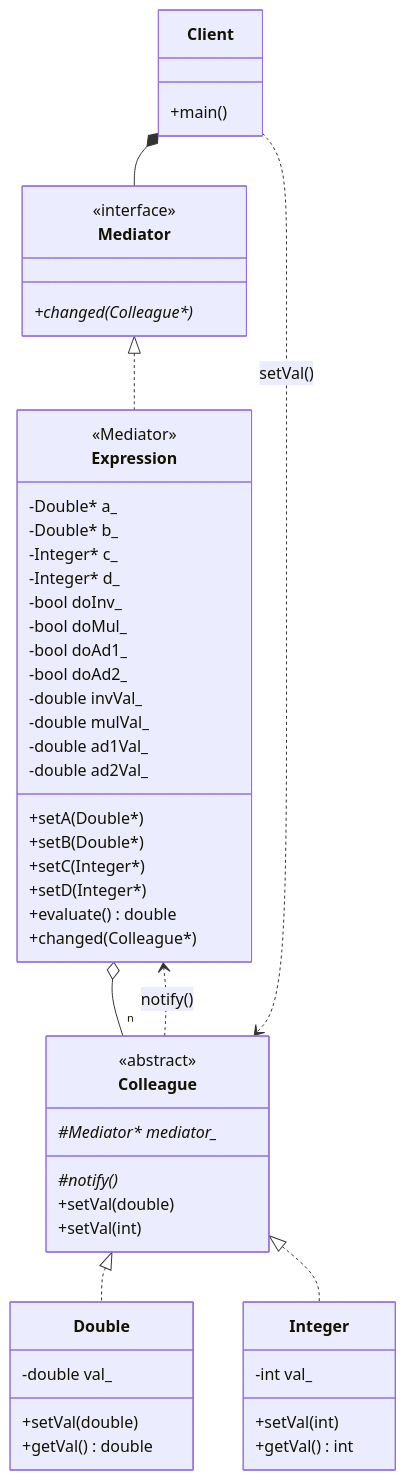
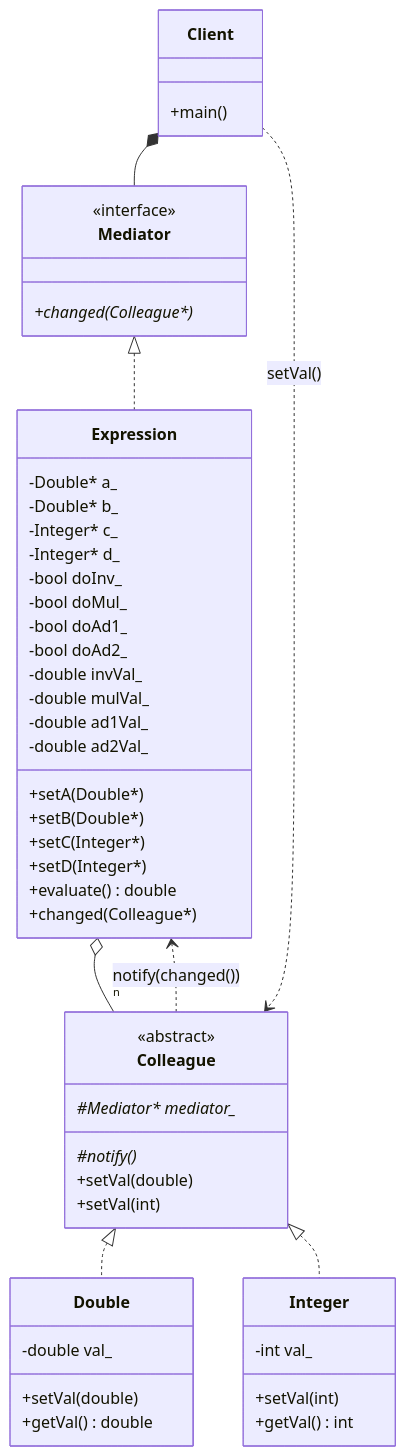
The diagram in 22_Mediator/README.md (Cichlidfishexigency721/Modern-CPP-Design-Patterns), drawn with Mermaid before and after one commit.

Commit message:
Improvement in UML

````diff
--- a/22_Mediator/README.md
+++ b/22_Mediator/README.md
@@ -50,75 +50,67 @@
 ```mermaid
 classDiagram
    class Mediator {
       <<interface>>
       +changed(Colleague*)*
    }
 
    class Colleague {
       <<abstract>>
       #Mediator* mediator_*
       #notify()*
       +setVal(double)
       +setVal(int)
    }
 
    class Double {
       -double val_
       +setVal(double)
       +getVal() double
    }
 
    class Integer {
       -int val_
       +setVal(int)
       +getVal() int
    }
 
    class Expression {
-      <<Mediator>>
       -Double* a_
       -Double* b_
       -Integer* c_
       -Integer* d_
       -bool doInv_
       -bool doMul_
       -bool doAd1_
       -bool doAd2_
       -double invVal_
       -double mulVal_
       -double ad1Val_
       -double ad2Val_
       +setA(Double*)
       +setB(Double*)
       +setC(Integer*)
       +setD(Integer*)
       +evaluate() double
       +changed(Colleague*)
    }
 
    class Client {
       +main()
    }
 
    %% Notify
-   %%Double ..> Expression : notify()
-   %%Integer ..> Expression : notify()
-   Colleague ..> Expression : notify()
+   Colleague ..> Expression : notify(changed())
 
    %% Inheritance (Implements)
    Mediator <|.. Expression
    Colleague <|.. Double
    Colleague <|.. Integer
 
    %% Composition (Has_a)
-   %%Colleague o-- Mediator : mediator_
    Expression o-- "n" Colleague
-   %%Expression *-- "2" Double : a_,b_
-   %%Expression *-- "2" Integer : c_,d_
 
    %% Composition (Has a)
    Client *-- Mediator
-   %%Client ..> Double : setVal()
-   %%Client ..> Integer : setVal()
    Client ..> Colleague : setVal()
 ```
````
